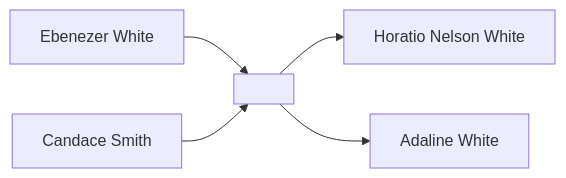
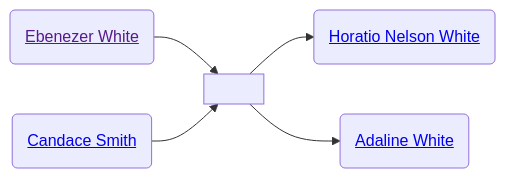
One commit to neelsmith/avocational changed the second of 2 diagrams in familyhistory/sources/people/Merrill-line/White-line/Ebenezer_White.qmd. Above: the diagram before and after it, drawn with Mermaid. The commit also changed other lines of this file and 71 other files, not shown here.

````diff
--- a/familyhistory/sources/people/Merrill-line/White-line/Ebenezer_White.qmd
+++ b/familyhistory/sources/people/Merrill-line/White-line/Ebenezer_White.qmd
@@ -38,7 +44,12 @@
 ```{mermaid}
 graph LR
-Ebenezer_White[Ebenezer White] --> Ebenezer_White+Candace_Smith[ ]
-Candace_Smith[Candace Smith] --> Ebenezer_White+Candace_Smith[ ]
-Ebenezer_White+Candace_Smith[ ] --> Horatio_Nelson_White[Horatio Nelson White]
-Ebenezer_White+Candace_Smith[ ] --> Adaline_White[Adaline White]
+class Ebenezer_White_and_Candace_Smith marriage
+Ebenezer_White(<a href=''>Ebenezer White</>) --> Ebenezer_White_and_Candace_Smith[ ]
+Candace_Smith(<a href='./Candace-Smith-line/Candace_Smith.html'>Candace Smith</>) --> Ebenezer_White_and_Candace_Smith(( ))
+Ebenezer_White_and_Candace_Smith[ ] --> Horatio_Nelson_White(<a href='./Horatio_Nelson_White.html'>Horatio Nelson White</>)
+Ebenezer_White_and_Candace_Smith[ ] --> Adaline_White(<a href='./Adaline_White.html'>Adaline White</>)
+classDef mother fill:#ffd1dc
+classDef father fill:#daf0f7  
+classDef marriage fill:#ffffff
+
 ```
````
